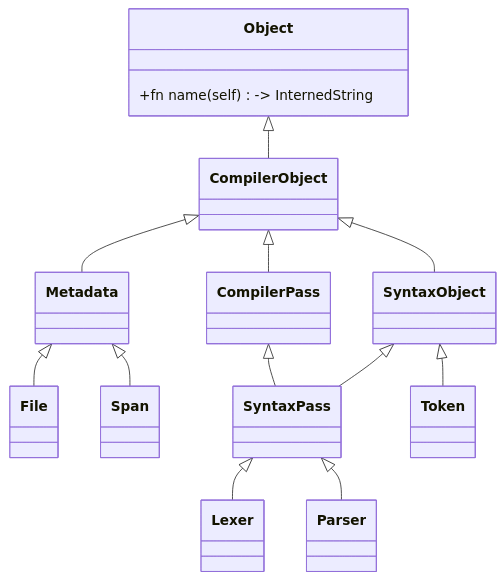
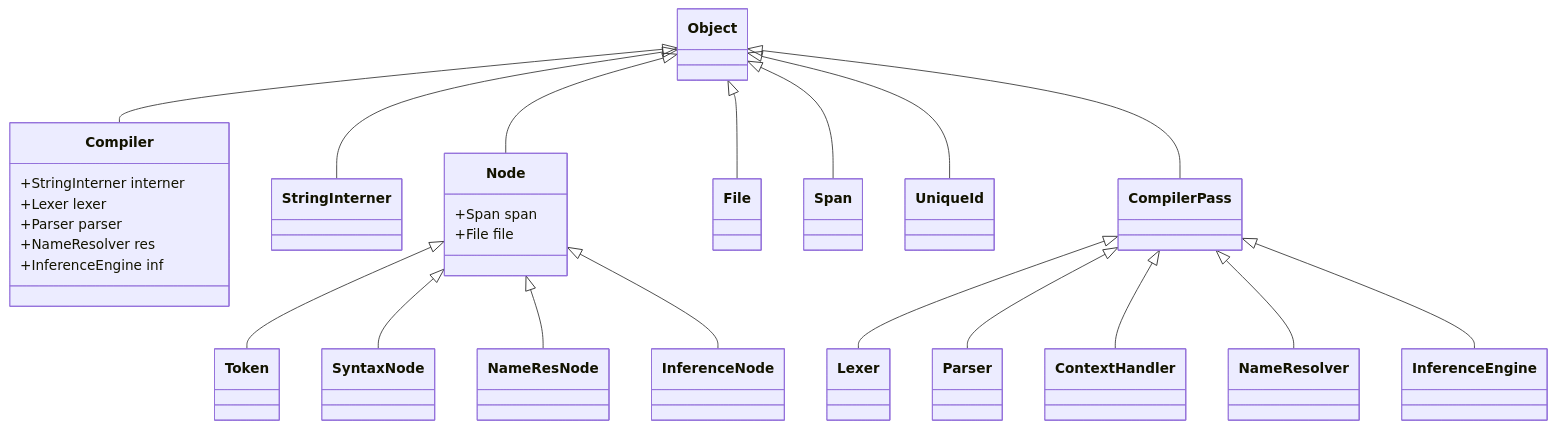
Before and after one commit to mcdearman/miniml: the diagram in objectGraph.md, drawn with Mermaid. The commit also changed 2 other files, not shown here.

````diff
--- a/objectGraph.md
+++ b/objectGraph.md
@@ -1,17 +1,28 @@
 ```mermaid
 classDiagram
-    class Object {
-        +fn name(self) -> InternedString
-    }
-    Object <|-- CompilerObject
-    CompilerObject <|-- Metadata
-    Metadata <|-- File
-    Metadata <|-- Span
-    CompilerObject <|-- CompilerPass
-    CompilerObject <|-- SyntaxObject
-    CompilerPass <|-- SyntaxPass
-    SyntaxObject <|-- SyntaxPass
-    SyntaxObject <|-- Token
-    SyntaxPass <|-- Lexer
-    SyntaxPass <|-- Parser
+    Compiler : +StringInterner interner
+    Compiler : +Lexer lexer
+    Compiler : +Parser parser
+    Compiler : +NameResolver res
+    Compiler : +InferenceEngine inf
+    Object <|-- Compiler
+    Object <|-- StringInterner
+    Object <|-- Node
+    Object <|-- File
+    Object <|-- Span
+    Object <|-- UniqueId
+    Object <|-- CompilerPass
+
+    CompilerPass <|-- Lexer
+    CompilerPass <|-- Parser
+    CompilerPass <|-- ContextHandler
+    CompilerPass <|-- NameResolver
+    CompilerPass <|-- InferenceEngine
+
+    Node : +Span span
+    Node : +File file
+    Node <|-- Token
+    Node <|-- SyntaxNode
+    Node <|-- NameResNode
+    Node <|-- InferenceNode
 ```
````
